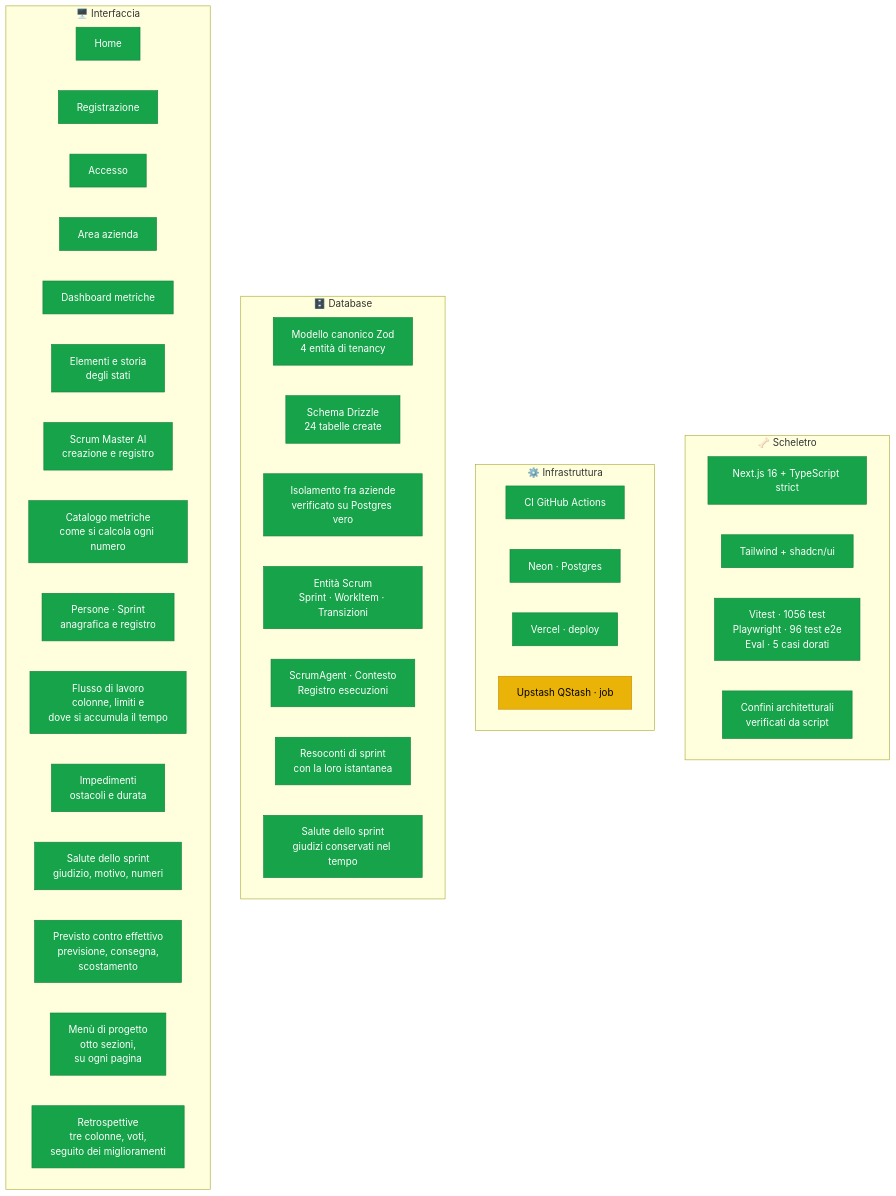
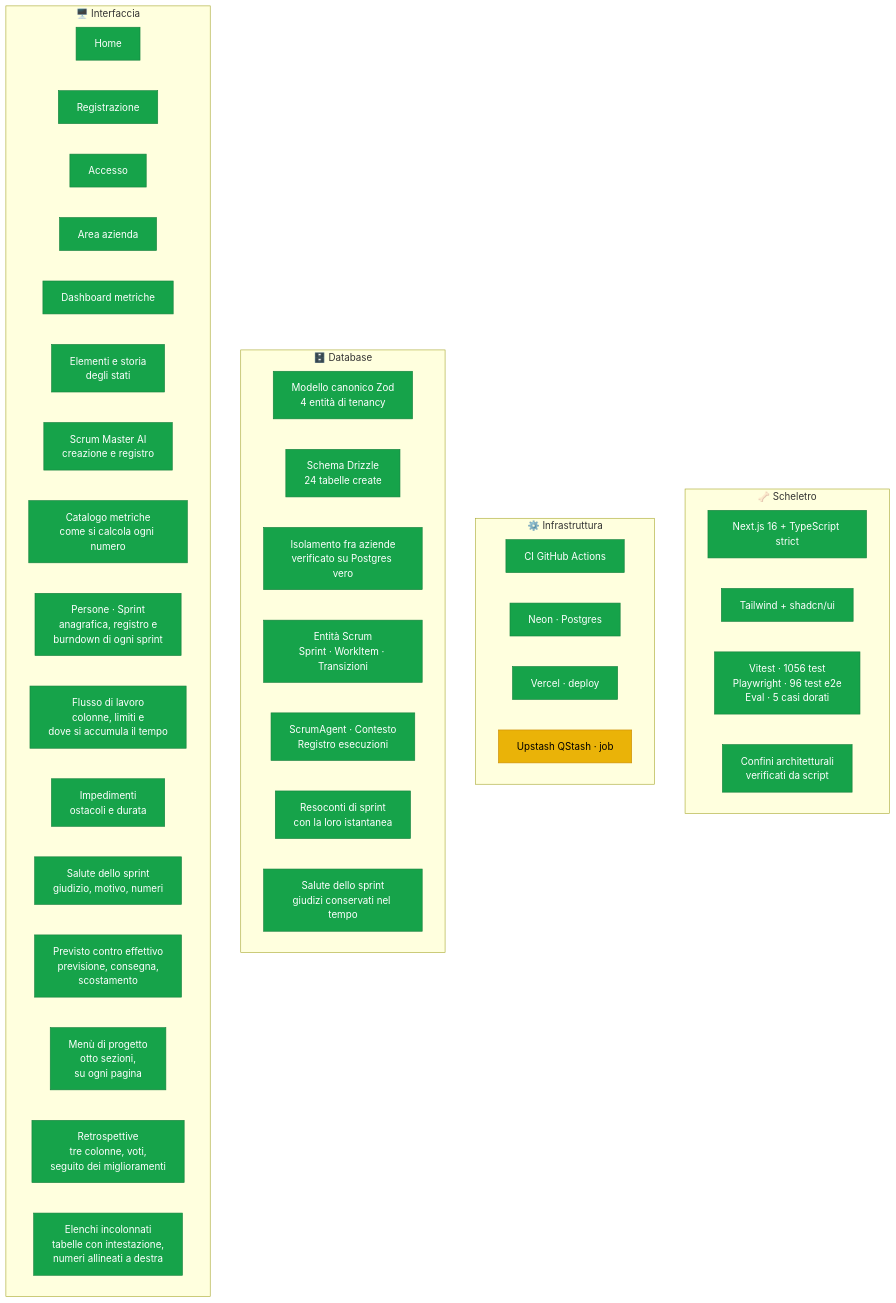
The first of 3 diagrams in docs/stato-progetto.md (dibari62/scrum-master-ai), drawn with Mermaid before and after one commit. The commit also changed other lines of this file and 10 other files, not shown here.

First line of the commit message:
feat(ui): incolonna gli elenchi in tabelle e da' un burndown a ogni sprint

````diff
--- a/docs/stato-progetto.md
+++ b/docs/stato-progetto.md
@@ -16,54 +16,55 @@
 ```mermaid
 graph TB
     subgraph SCH["🦴 Scheletro"]
         S1["Next.js 16 + TypeScript strict"]
         S2["Tailwind + shadcn/ui"]
         S3["Vitest · 1056 test<br/>Playwright · 96 test e2e<br/>Eval · 5 casi dorati"]
         S4["Confini architetturali<br/>verificati da script"]
     end
 
     subgraph INF["⚙️ Infrastruttura"]
         I1["CI GitHub Actions"]
         I2["Neon · Postgres"]
         I3["Vercel · deploy"]
         I4["Upstash QStash · job"]
     end
 
     subgraph DB["🗄️ Database"]
         D1["Modello canonico Zod<br/>4 entità di tenancy"]
         D2["Schema Drizzle<br/>24 tabelle create"]
         D3["Isolamento fra aziende<br/>verificato su Postgres vero"]
         D4["Entità Scrum<br/>Sprint · WorkItem · Transizioni"]
         D5["ScrumAgent · Contesto<br/>Registro esecuzioni"]
         D6["Resoconti di sprint<br/>con la loro istantanea"]
         D7["Salute dello sprint<br/>giudizi conservati nel tempo"]
     end
 
     subgraph UI["🖥️ Interfaccia"]
         U1["Home"]
         U2["Registrazione"]
         U3["Accesso"]
         U4["Area azienda"]
         U5["Dashboard metriche"]
         U7["Elementi e storia<br/>degli stati"]
         U6["Scrum Master AI<br/>creazione e registro"]
         U8["Catalogo metriche<br/>come si calcola ogni numero"]
-        U9["Persone · Sprint<br/>anagrafica e registro"]
+        U9["Persone · Sprint<br/>anagrafica, registro e<br/>burndown di ogni sprint"]
         U10["Flusso di lavoro<br/>colonne, limiti e<br/>dove si accumula il tempo"]
         U11["Impedimenti<br/>ostacoli e durata"]
         U12["Salute dello sprint<br/>giudizio, motivo, numeri"]
         U13["Previsto contro effettivo<br/>previsione, consegna,<br/>scostamento"]
         U14["Menù di progetto<br/>otto sezioni,<br/>su ogni pagina"]
         U15["Retrospettive<br/>tre colonne, voti,<br/>seguito dei miglioramenti"]
+        U16["Elenchi incolonnati<br/>tabelle con intestazione,<br/>numeri allineati a destra"]
     end
 
     classDef fatto fill:#16a34a,stroke:#15803d,color:#fff
     classDef corso fill:#eab308,stroke:#ca8a04,color:#000
     classDef todo fill:#e5e7eb,stroke:#9ca3af,color:#6b7280
 
     class S1,S2,S3,S4 fatto
     class I1,I2,I3 fatto
     class I4 corso
     class D1,D2,D3,D4,D5,D6,D7 fatto
-    class U1,U2,U3,U4,U5,U6,U7,U8,U9,U10,U11,U12,U13,U14,U15 fatto
+    class U1,U2,U3,U4,U5,U6,U7,U8,U9,U10,U11,U12,U13,U14,U15,U16 fatto
 ```
````
